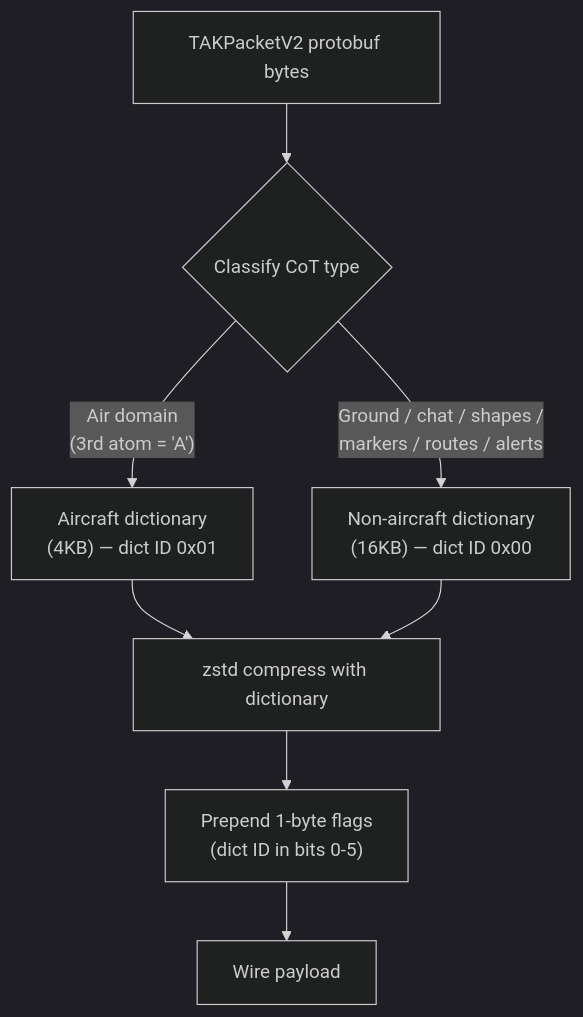
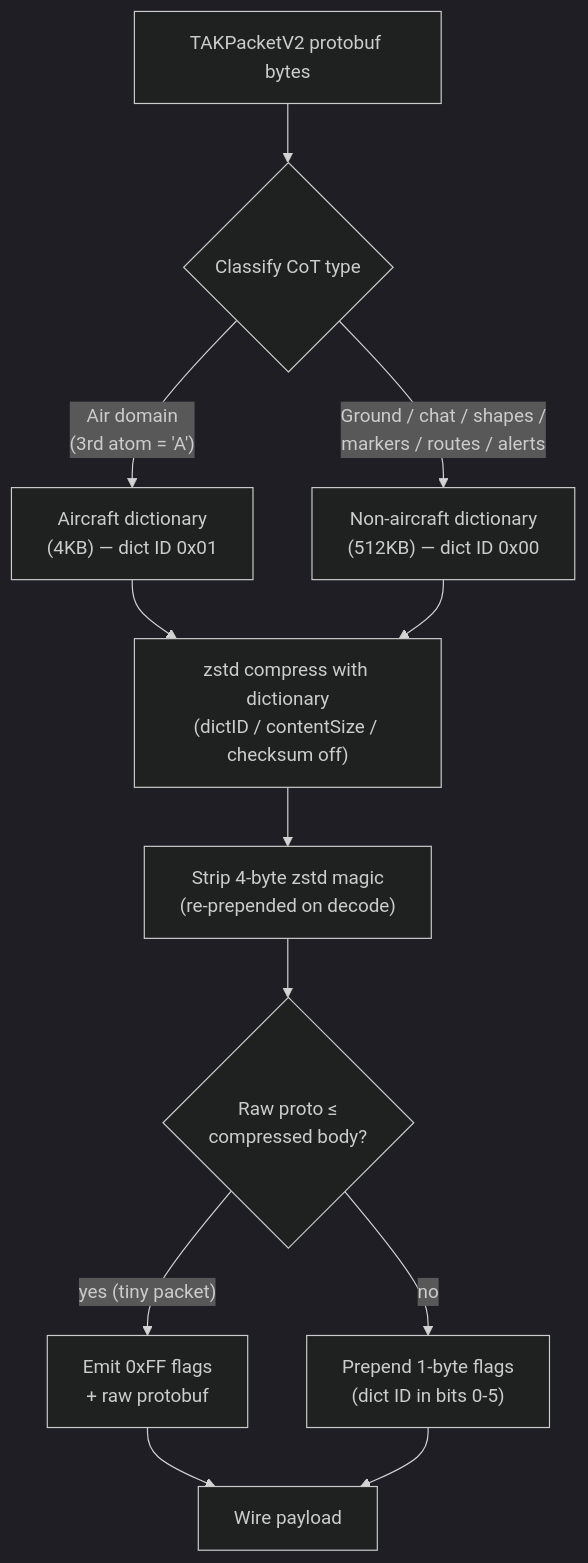
Before and after one commit to meshtastic/TAKPacket-SDK: the second of 2 diagrams in README.md, drawn with Mermaid (dark theme). The commit also changed other lines of this file and 10 other files, not shown here.

````diff
--- a/README.md
+++ b/README.md
@@ -48,10 +48,14 @@
 ```mermaid
 flowchart TD
     A[TAKPacketV2 protobuf bytes] --> B{Classify CoT type}
     B -->|"Air domain\n(3rd atom = 'A')"| C["Aircraft dictionary\n(4KB) — dict ID 0x01"]
-    B -->|"Ground / chat / shapes /\nmarkers / routes / alerts"| D["Non-aircraft dictionary\n(16KB) — dict ID 0x00"]
-    C --> E[zstd compress with dictionary]
+    B -->|"Ground / chat / shapes /\nmarkers / routes / alerts"| D["Non-aircraft dictionary\n(512KB) — dict ID 0x00"]
+    C --> E["zstd compress with dictionary\n(dictID / contentSize / checksum off)"]
     D --> E
-    E --> F["Prepend 1-byte flags\n(dict ID in bits 0-5)"]
-    F --> G["Wire payload"]
+    E --> S["Strip 4-byte zstd magic\n(re-prepended on decode)"]
+    S --> H{"Raw proto ≤\ncompressed body?"}
+    H -->|"yes (tiny packet)"| I["Emit 0xFF flags\n+ raw protobuf"]
+    H -->|no| F["Prepend 1-byte flags\n(dict ID in bits 0-5)"]
+    I --> G["Wire payload"]
+    F --> G
 ```
````
